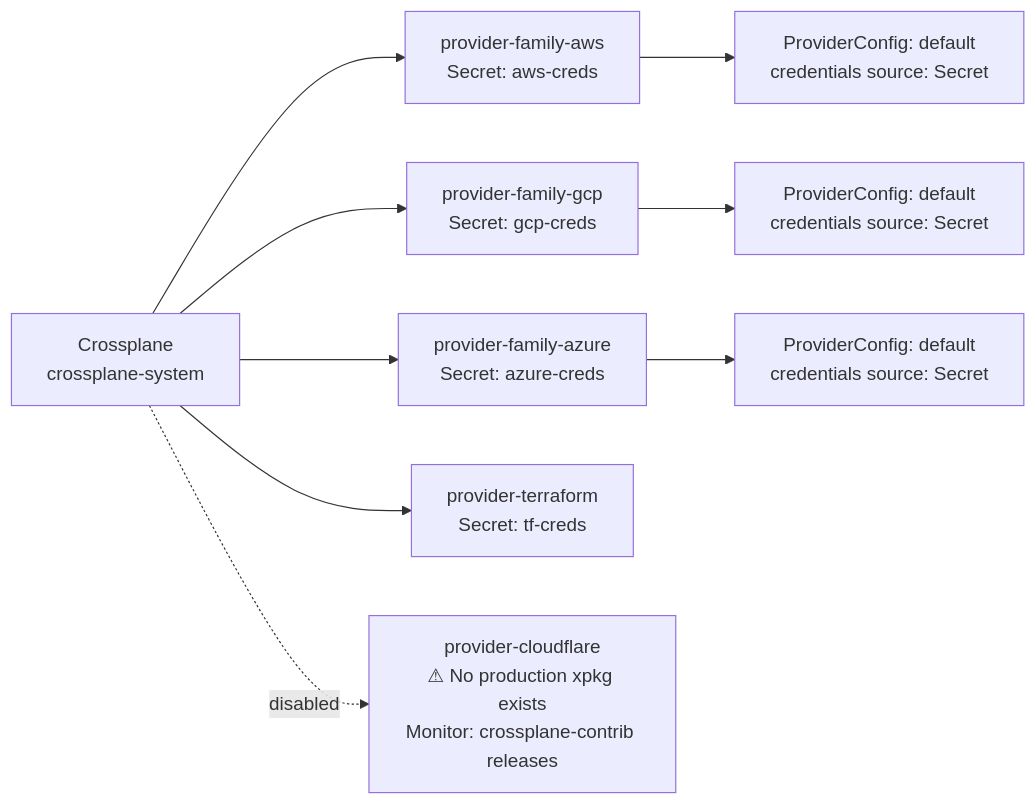
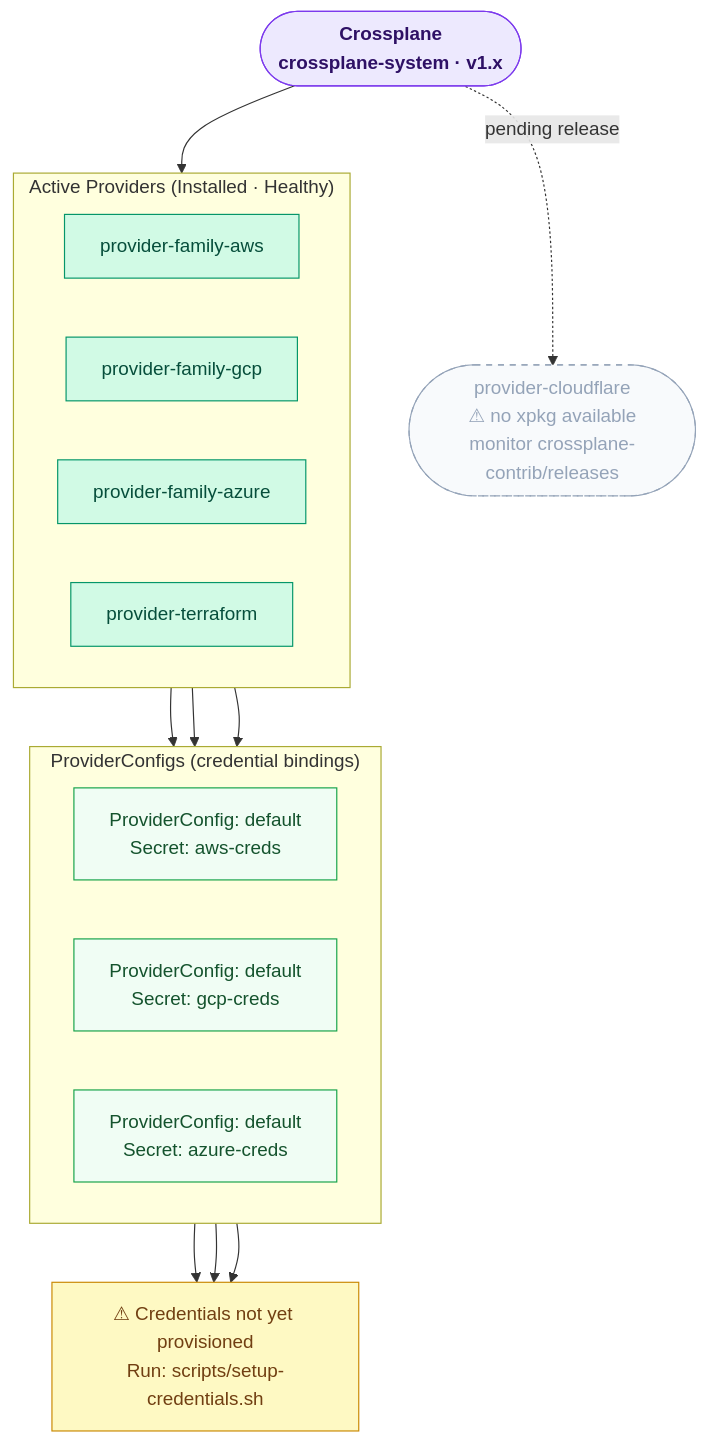
The fifth of 6 diagrams in docs/plans/2026-04-05-architecture-overview.md (StanleyXie/Universal-Cloud-Platform), drawn with Mermaid before and after one commit. The commit also changed other lines of this file, not shown here.

First line of the commit message:
docs: redesign architecture diagrams for visual clarity

````diff
--- a/docs/plans/2026-04-05-architecture-overview.md
+++ b/docs/plans/2026-04-05-architecture-overview.md
@@ -199,14 +239,36 @@
 ```mermaid
-flowchart LR
-    xp["Crossplane\ncrossplane-system"]
+flowchart TB
+    classDef ctrl     fill:#ede9fe,stroke:#7c3aed,color:#2e1065,font-weight:bold
+    classDef active   fill:#d1fae5,stroke:#059669,color:#064e3b
+    classDef config   fill:#f0fdf4,stroke:#16a34a,color:#14532d
+    classDef disabled fill:#f8fafc,stroke:#94a3b8,color:#94a3b8,stroke-dasharray:5 5
+    classDef cred     fill:#fef9c3,stroke:#ca8a04,color:#713f12
 
-    xp --> aws["provider-family-aws\nSecret: aws-creds"]
-    xp --> gcp["provider-family-gcp\nSecret: gcp-creds"]
-    xp --> azure["provider-family-azure\nSecret: azure-creds"]
-    xp --> tf["provider-terraform\nSecret: tf-creds"]
-    xp -. "disabled" .-> cf["provider-cloudflare\n⚠ No production xpkg exists\nMonitor: crossplane-contrib releases"]
+    XP(["Crossplane\ncrossplane-system · v1.x"]):::ctrl
 
-    aws --> awspc["ProviderConfig: default\ncredentials source: Secret"]
-    gcp --> gcppc["ProviderConfig: default\ncredentials source: Secret"]
-    azure --> azurepc["ProviderConfig: default\ncredentials source: Secret"]
+    subgraph ACTIVE["Active Providers  (Installed · Healthy)"]
+        direction LR
+        AWS["provider-family-aws"]:::active
+        GCP["provider-family-gcp"]:::active
+        AZ["provider-family-azure"]:::active
+        TF["provider-terraform"]:::active
+    end
+
+    subgraph CONFIGS["ProviderConfigs  (credential bindings)"]
+        direction LR
+        AC["ProviderConfig: default\nSecret: aws-creds"]:::config
+        GC["ProviderConfig: default\nSecret: gcp-creds"]:::config
+        AZC["ProviderConfig: default\nSecret: azure-creds"]:::config
+    end
+
+    CF(["provider-cloudflare\n⚠ no xpkg available\nmonitor crossplane-contrib/releases"]):::disabled
+
+    NOTE["⚠ Credentials not yet provisioned\nRun: scripts/setup-credentials.sh"]:::cred
+
+    XP  --> ACTIVE
+    XP  -. "pending release" .-> CF
+    AWS --> AC
+    GCP --> GC
+    AZ  --> AZC
+    AC & GC & AZC --> NOTE
 ```
````
